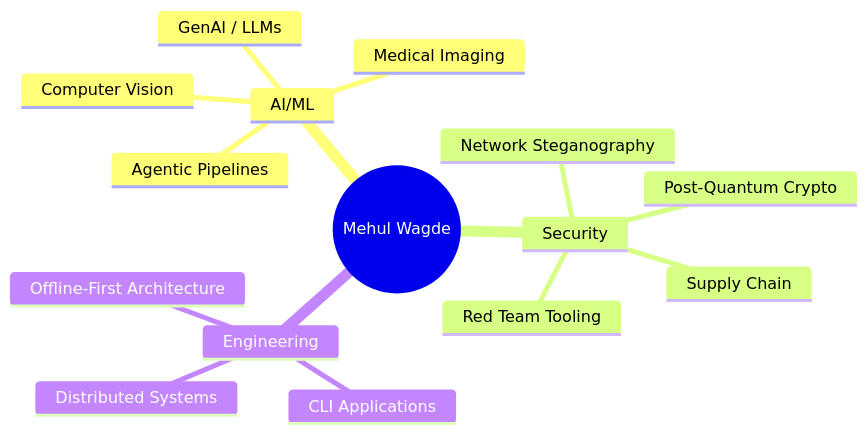
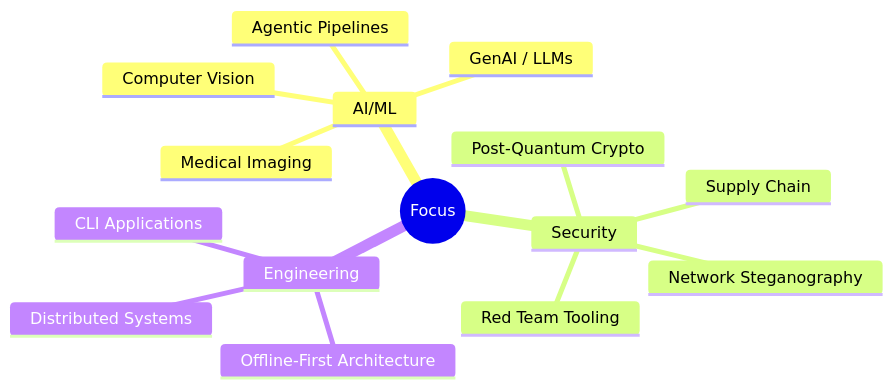
Before and after one commit to YoinkingFishy/YoinkingFishy: the diagram in README.md, drawn with Mermaid. The commit also changed other lines of this file, not shown here.

Commit message:
Remove ASCII banner, add avatar, fix mermaid center, add social links (Insta/LinkedIn/Discord placeholders)

````diff
--- a/README.md
+++ b/README.md
@@ -18,18 +13,18 @@
 ```mermaid
 mindmap
-  root((Mehul Wagde))
+  root((Focus))
     AI/ML
       Agentic Pipelines
       Computer Vision
       GenAI / LLMs
       Medical Imaging
     Security
       Red Team Tooling
       Supply Chain
       Post-Quantum Crypto
       Network Steganography
     Engineering
       CLI Applications
       Distributed Systems
       Offline-First Architecture
 ```
````
